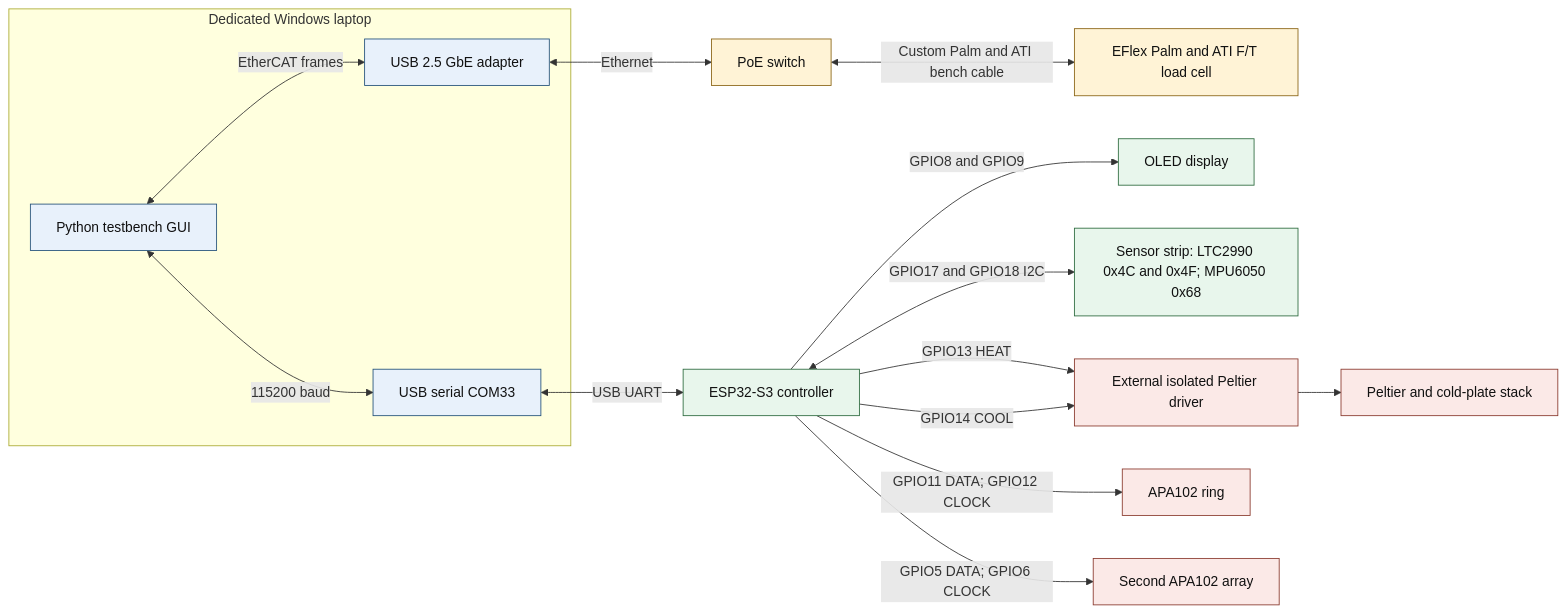
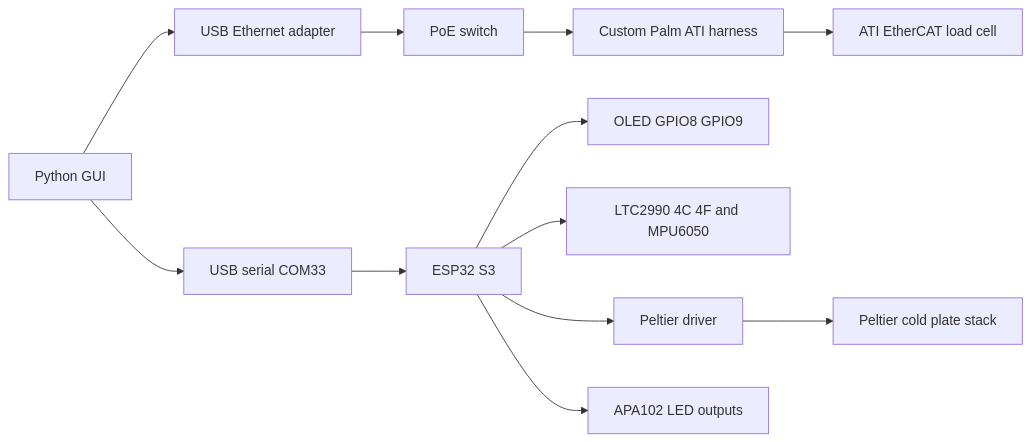
The diagram in docs/PHYSICAL_SETUP.md (allenglo/ATI-load-cell-ethercat-testbench), drawn with Mermaid before and after one commit. The commit also changed 1 other file, not shown here.

Commit message:
Simplify GitHub Mermaid system diagram

````diff
--- a/docs/PHYSICAL_SETUP.md
+++ b/docs/PHYSICAL_SETUP.md
@@ -11,31 +11,15 @@
 ```mermaid
 flowchart LR
-    subgraph HOST[Dedicated Windows laptop]
-        GUI[Python testbench GUI]
-        USBETH[USB 2.5 GbE adapter]
-        SERIAL[USB serial COM33]
-    end
+    GUI[Python GUI] --> ETH[USB Ethernet adapter]
+    ETH --> POE[PoE switch]
+    POE --> HARNESS[Custom Palm ATI harness]
+    HARNESS --> ATI[ATI EtherCAT load cell]
 
-    GUI <-->|EtherCAT frames| USBETH
-    USBETH <-->|Ethernet| POE[PoE switch]
-    POE <-->|Custom Palm and ATI bench cable| ATI[EFlex Palm and ATI F/T load cell]
-
-    GUI <-->|115200 baud| SERIAL
-    SERIAL <-->|USB UART| ESP[ESP32-S3 controller]
-    ESP -->|GPIO8 and GPIO9| OLED[OLED display]
-    ESP <-->|GPIO17 and GPIO18 I2C| SENSORS[Sensor strip: LTC2990 0x4C and 0x4F; MPU6050 0x68]
-    ESP -->|GPIO13 HEAT| DRIVER[External isolated Peltier driver]
-    ESP -->|GPIO14 COOL| DRIVER
-    DRIVER --> STACK[Peltier and cold-plate stack]
-    ESP -->|GPIO11 DATA; GPIO12 CLOCK| RING[APA102 ring]
-    ESP -->|GPIO5 DATA; GPIO6 CLOCK| ARRAY[Second APA102 array]
-
-    classDef host fill:#e8f1fb,stroke:#24527a,color:#111;
-    classDef network fill:#fff3d6,stroke:#8a6415,color:#111;
-    classDef control fill:#e8f6ec,stroke:#2d6b3f,color:#111;
-    classDef load fill:#fbe9e7,stroke:#8a3a2e,color:#111;
-    class GUI,USBETH,SERIAL host;
-    class POE,ATI network;
-    class ESP,OLED,SENSORS control;
-    class DRIVER,STACK,RING,ARRAY load;
+    GUI --> SERIAL[USB serial COM33]
+    SERIAL --> ESP[ESP32 S3]
+    ESP --> OLED[OLED GPIO8 GPIO9]
+    ESP --> SENSORS[LTC2990 4C 4F and MPU6050]
+    ESP --> DRIVER[Peltier driver]
+    DRIVER --> STACK[Peltier cold plate stack]
+    ESP --> LEDS[APA102 LED outputs]
 ```
````
